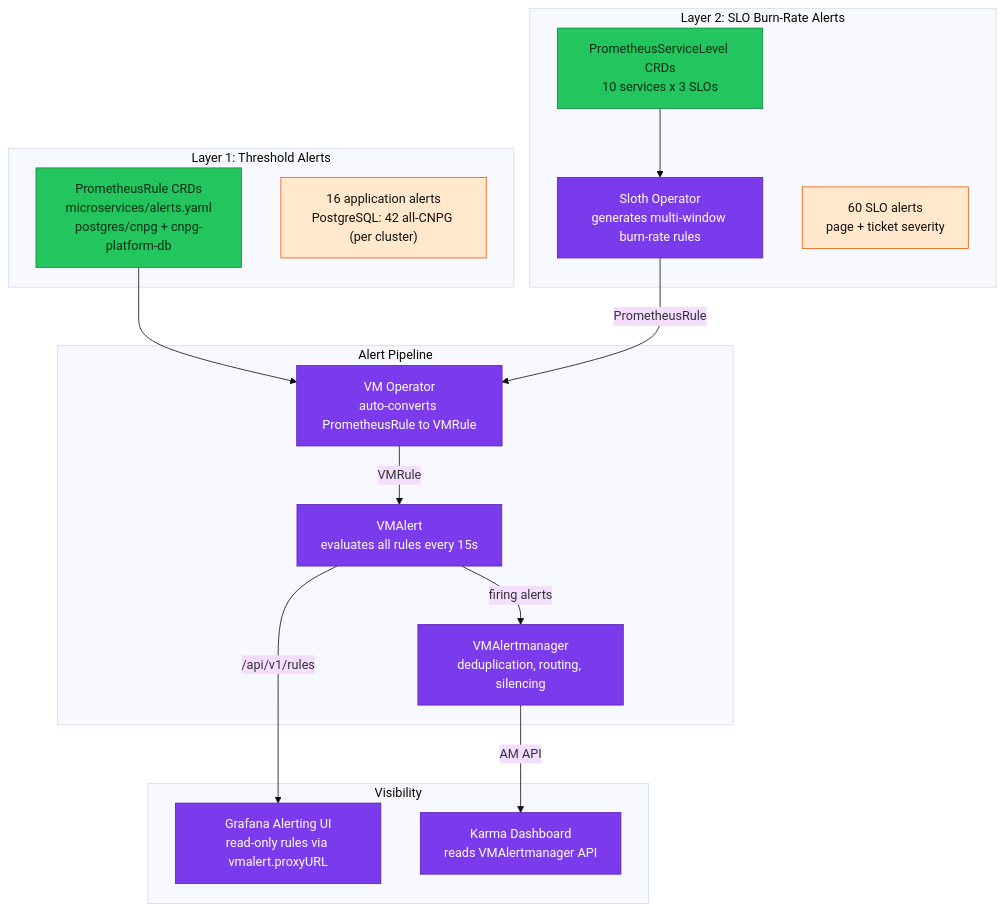
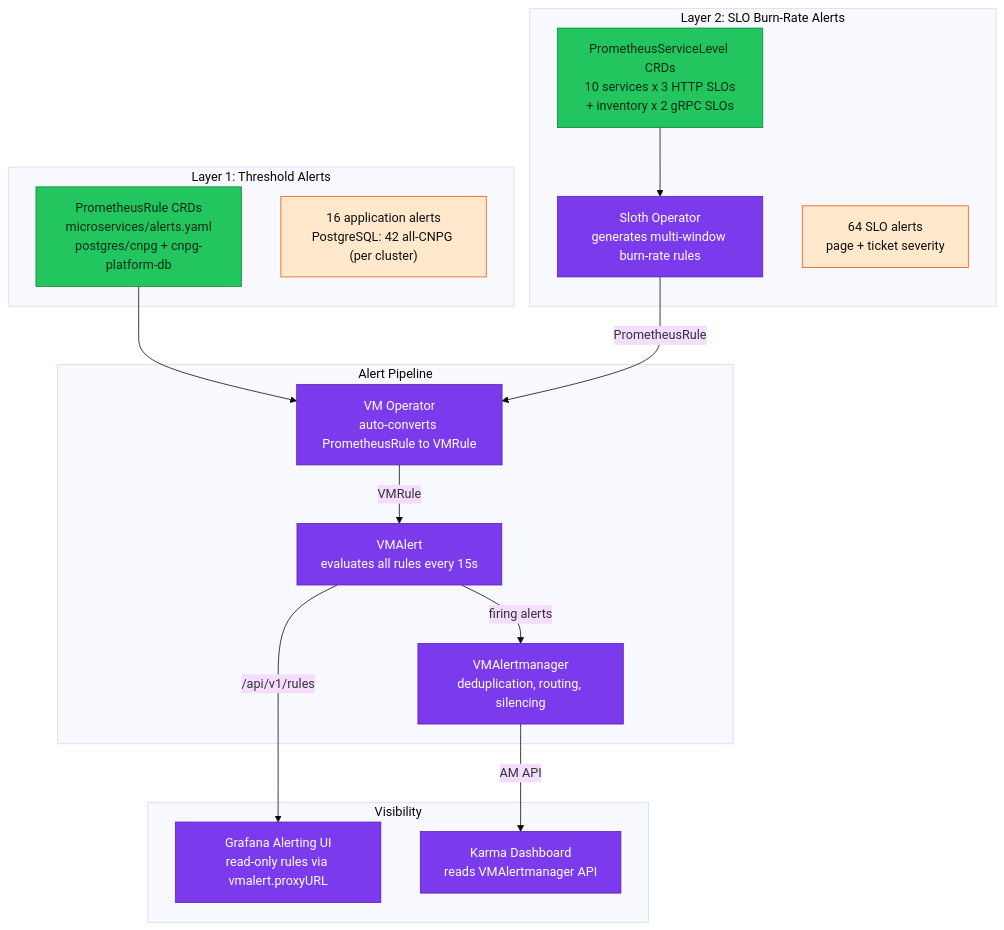
Before and after one commit to duynhlab/homelab: the second of 3 diagrams in docs/observability/alerting/README.md, drawn with Mermaid (base theme). The commit also changed other lines of this file and 20 other files, not shown here.

````diff
--- a/docs/observability/alerting/README.md
+++ b/docs/observability/alerting/README.md
@@ -101,43 +101,43 @@
 ```mermaid
 flowchart TD
     subgraph layer1 ["Layer 1: Threshold Alerts"]
         PR1["PrometheusRule CRDs<br/>microservices/alerts.yaml<br/>postgres/cnpg + cnpg-platform-db"]
         T1["16 application alerts<br/>PostgreSQL: 42 all-CNPG (per cluster)"]
     end
 
     subgraph layer2 ["Layer 2: SLO Burn-Rate Alerts"]
-        PSL["PrometheusServiceLevel CRDs<br/>10 services x 3 SLOs"]
+        PSL["PrometheusServiceLevel CRDs<br/>10 services x 3 HTTP SLOs<br/>+ inventory x 2 gRPC SLOs"]
         Sloth["Sloth Operator<br/>generates multi-window burn-rate rules"]
-        T2["60 SLO alerts<br/>page + ticket severity"]
+        T2["64 SLO alerts<br/>page + ticket severity"]
     end
 
     subgraph pipeline ["Alert Pipeline"]
         VMOp["VM Operator<br/>auto-converts PrometheusRule to VMRule"]
         VMAlert["VMAlert<br/>evaluates all rules every 15s"]
         VMAM["VMAlertmanager<br/>deduplication, routing, silencing"]
     end
 
     subgraph viz [Visibility]
         Grafana["Grafana Alerting UI<br/>read-only rules via vmalert.proxyURL"]
         Karma["Karma Dashboard<br/>reads VMAlertmanager API"]
     end
 
     PR1 --> VMOp
     PSL --> Sloth
     Sloth -->|"PrometheusRule"| VMOp
     VMOp -->|"VMRule"| VMAlert
     VMAlert -->|"firing alerts"| VMAM
     VMAlert -->|"/api/v1/rules"| Grafana
     VMAM -->|"AM API"| Karma
 
     classDef service fill:#06b6d4,color:#082f49,stroke:#0e7490;
     classDef platform fill:#7c3aed,color:#fff,stroke:#5b21b6;
     classDef external fill:#64748b,color:#fff,stroke:#334155;
     classDef metric fill:#ffe8cc,color:#111,stroke:#e8590c;
     classDef collector fill:#a5d8ff,color:#111,stroke:#1971c2;
     classDef data fill:#22c55e,color:#052e16,stroke:#15803d;
     classDef planned fill:#fff,color:#475569,stroke:#64748b,stroke-dasharray:5 5;
     class PR1,PSL data;
     class VMOp,Sloth,VMAlert,VMAM,Grafana,Karma platform;
     class T1,T2 metric;
 ```
````
